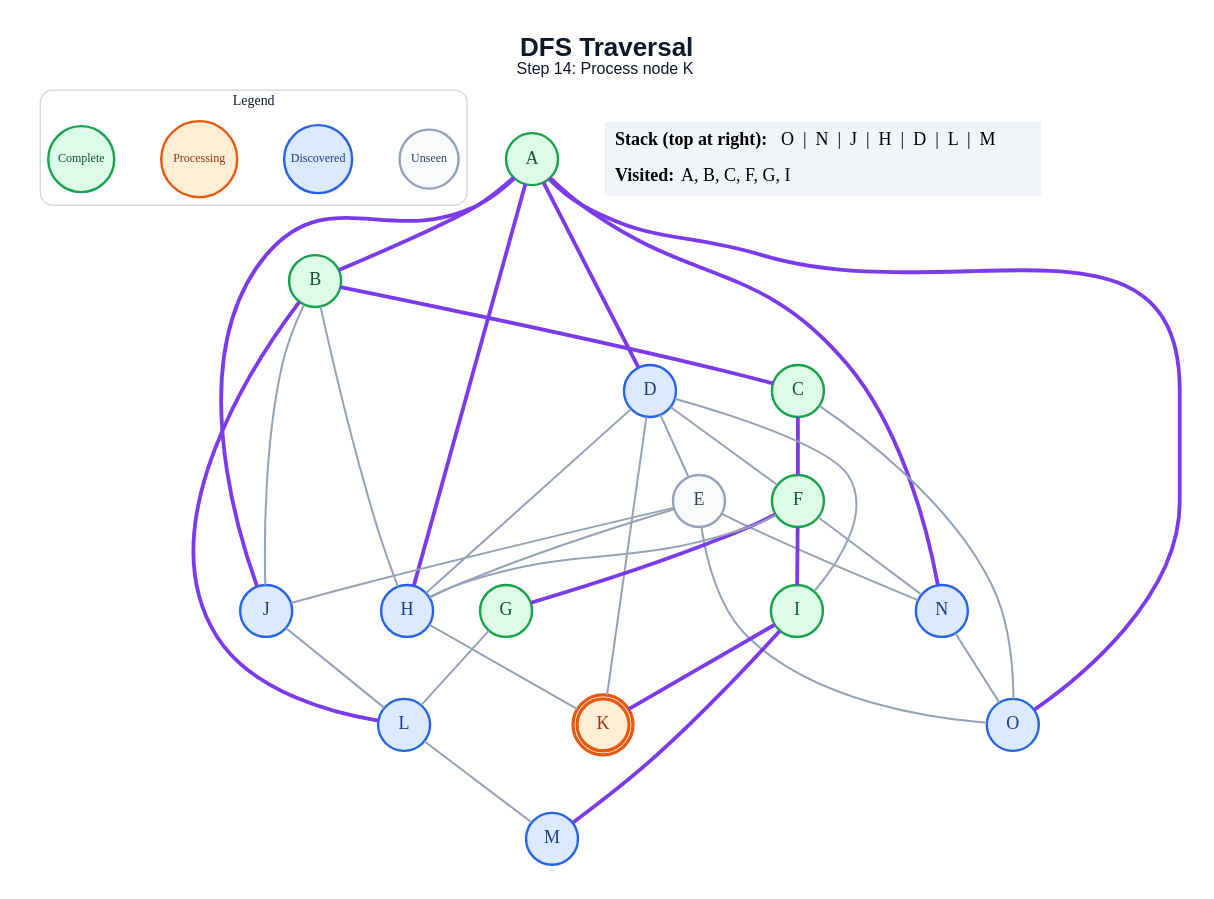
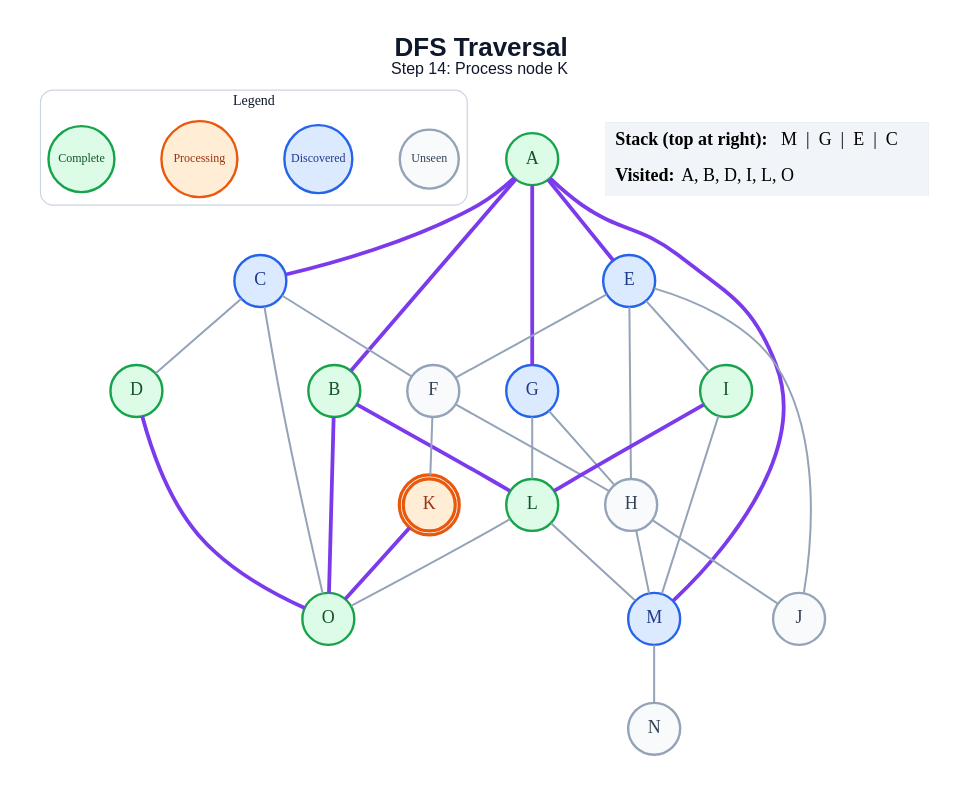
Before and after one commit to anon7238593-create/ai-slop: the diagram in generated/dfs/step_14.dot, drawn with Graphviz. The commit also changed 263 other files, not shown here.

```diff
--- a/generated/dfs/step_14.dot
+++ b/generated/dfs/step_14.dot
@@ -1,66 +1,61 @@
 graph traversal {
   graph [layout=dot, rankdir=TB, bgcolor="#FFFFFF", pad="0.35", nodesep="0.65", ranksep="0.8", fontname="Arial"];
   node [shape=circle, style="filled", fontname="Arial Bold", fontsize=18, width=0.72, fixedsize=true, penwidth=2.4];
   edge [color="#94A3B8", penwidth=2.0];
   label=<<B>DFS Traversal</B><BR/><FONT POINT-SIZE="16">Step 14: Process node K</FONT>>; labelloc="t"; fontsize=26; fontname="Arial"; fontcolor="#0F172A";
   subgraph cluster_legend { label="Legend"; color="#CBD5E1"; penwidth=1.2; style="rounded"; fontsize=14; fontname="Arial Bold";
     key_unseen [label="Unseen", fillcolor="#F8FAFC", color="#94A3B8", fontcolor="#334155", fontsize=12, width=0.82];
     key_frontier [label="Discovered", fillcolor="#DBEAFE", color="#2563EB", fontcolor="#1E3A8A", fontsize=12, width=0.95];
     key_current [label="Processing", fillcolor="#FFEDD5", color="#EA580C", fontcolor="#9A3412", fontsize=12, width=1.05];
     key_done [label="Complete", fillcolor="#DCFCE7", color="#16A34A", fontcolor="#14532D", fontsize=12, width=0.92];
     { rank=same; key_unseen; key_frontier; key_current; key_done; }
   }
   A [label="A", fillcolor="#DCFCE7", color="#16A34A", fontcolor="#14532D", peripheries=1, penwidth=2.4];
   B [label="B", fillcolor="#DCFCE7", color="#16A34A", fontcolor="#14532D", peripheries=1, penwidth=2.4];
-  C [label="C", fillcolor="#DCFCE7", color="#16A34A", fontcolor="#14532D", peripheries=1, penwidth=2.4];
-  D [label="D", fillcolor="#DBEAFE", color="#2563EB", fontcolor="#1E3A8A", peripheries=1, penwidth=2.4];
-  E [label="E", fillcolor="#F8FAFC", color="#94A3B8", fontcolor="#334155", peripheries=1, penwidth=2.4];
-  F [label="F", fillcolor="#DCFCE7", color="#16A34A", fontcolor="#14532D", peripheries=1, penwidth=2.4];
-  G [label="G", fillcolor="#DCFCE7", color="#16A34A", fontcolor="#14532D", peripheries=1, penwidth=2.4];
-  H [label="H", fillcolor="#DBEAFE", color="#2563EB", fontcolor="#1E3A8A", peripheries=1, penwidth=2.4];
+  C [label="C", fillcolor="#DBEAFE", color="#2563EB", fontcolor="#1E3A8A", peripheries=1, penwidth=2.4];
+  D [label="D", fillcolor="#DCFCE7", color="#16A34A", fontcolor="#14532D", peripheries=1, penwidth=2.4];
+  E [label="E", fillcolor="#DBEAFE", color="#2563EB", fontcolor="#1E3A8A", peripheries=1, penwidth=2.4];
+  F [label="F", fillcolor="#F8FAFC", color="#94A3B8", fontcolor="#334155", peripheries=1, penwidth=2.4];
+  G [label="G", fillcolor="#DBEAFE", color="#2563EB", fontcolor="#1E3A8A", peripheries=1, penwidth=2.4];
+  H [label="H", fillcolor="#F8FAFC", color="#94A3B8", fontcolor="#334155", peripheries=1, penwidth=2.4];
   I [label="I", fillcolor="#DCFCE7", color="#16A34A", fontcolor="#14532D", peripheries=1, penwidth=2.4];
-  J [label="J", fillcolor="#DBEAFE", color="#2563EB", fontcolor="#1E3A8A", peripheries=1, penwidth=2.4];
+  J [label="J", fillcolor="#F8FAFC", color="#94A3B8", fontcolor="#334155", peripheries=1, penwidth=2.4];
   K [label="K", fillcolor="#FFEDD5", color="#EA580C", fontcolor="#9A3412", peripheries=2, penwidth=3.2];
-  L [label="L", fillcolor="#DBEAFE", color="#2563EB", fontcolor="#1E3A8A", peripheries=1, penwidth=2.4];
+  L [label="L", fillcolor="#DCFCE7", color="#16A34A", fontcolor="#14532D", peripheries=1, penwidth=2.4];
   M [label="M", fillcolor="#DBEAFE", color="#2563EB", fontcolor="#1E3A8A", peripheries=1, penwidth=2.4];
-  N [label="N", fillcolor="#DBEAFE", color="#2563EB", fontcolor="#1E3A8A", peripheries=1, penwidth=2.4];
-  O [label="O", fillcolor="#DBEAFE", color="#2563EB", fontcolor="#1E3A8A", peripheries=1, penwidth=2.4];
+  N [label="N", fillcolor="#F8FAFC", color="#94A3B8", fontcolor="#334155", peripheries=1, penwidth=2.4];
+  O [label="O", fillcolor="#DCFCE7", color="#16A34A", fontcolor="#14532D", peripheries=1, penwidth=2.4];
   A -- B [color="#7C3AED", penwidth=3.8];
-  A -- D [color="#7C3AED", penwidth=3.8];
-  A -- H [color="#7C3AED", penwidth=3.8];
-  A -- J [color="#7C3AED", penwidth=3.8];
-  A -- N [color="#7C3AED", penwidth=3.8];
-  A -- O [color="#7C3AED", penwidth=3.8];
-  B -- C [color="#7C3AED", penwidth=3.8];
-  B -- H;
-  B -- J;
+  A -- C [color="#7C3AED", penwidth=3.8];
+  A -- E [color="#7C3AED", penwidth=3.8];
+  A -- G [color="#7C3AED", penwidth=3.8];
+  A -- M [color="#7C3AED", penwidth=3.8];
   B -- L [color="#7C3AED", penwidth=3.8];
-  C -- F [color="#7C3AED", penwidth=3.8];
+  B -- O [color="#7C3AED", penwidth=3.8];
+  C -- D;
+  C -- F;
   C -- O;
-  D -- E;
-  D -- F;
-  D -- H;
-  D -- I;
-  D -- K;
+  D -- O [color="#7C3AED", penwidth=3.8];
+  E -- F;
   E -- H;
+  E -- I;
   E -- J;
-  E -- N;
-  E -- O;
-  F -- G [color="#7C3AED", penwidth=3.8];
   F -- H;
-  F -- I [color="#7C3AED", penwidth=3.8];
-  F -- N;
+  F -- K;
+  G -- H;
   G -- L;
-  H -- K;
-  I -- K [color="#7C3AED", penwidth=3.8];
-  I -- M [color="#7C3AED", penwidth=3.8];
-  J -- L;
+  H -- J;
+  H -- M;
+  I -- L [color="#7C3AED", penwidth=3.8];
+  I -- M;
+  K -- O [color="#7C3AED", penwidth=3.8];
   L -- M;
-  N -- O;
+  L -- O;
+  M -- N;
   status [shape=plain, fixedsize=false, width=0, height=0, margin=0, label=<
     <TABLE BORDER="0" CELLBORDER="0" CELLPADDING="7" BGCOLOR="#F1F5F9">
-      <TR><TD ALIGN="LEFT"><B>Stack (top at right):</B> O  |  N  |  J  |  H  |  D  |  L  |  M</TD></TR>
-      <TR><TD ALIGN="LEFT"><B>Visited:</B> A, B, C, F, G, I</TD></TR>
+      <TR><TD ALIGN="LEFT"><B>Stack (top at right):</B> M  |  G  |  E  |  C</TD></TR>
+      <TR><TD ALIGN="LEFT"><B>Visited:</B> A, B, D, I, L, O</TD></TR>
     </TABLE>
   >];
 }
```
